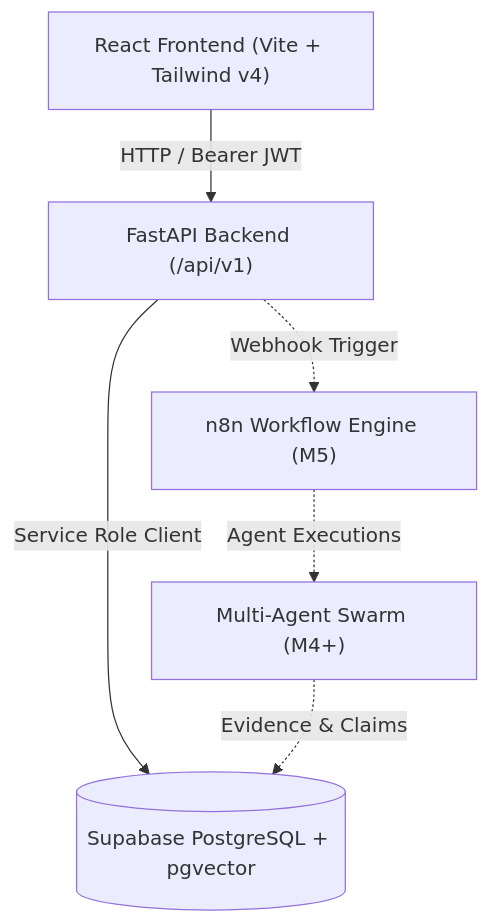
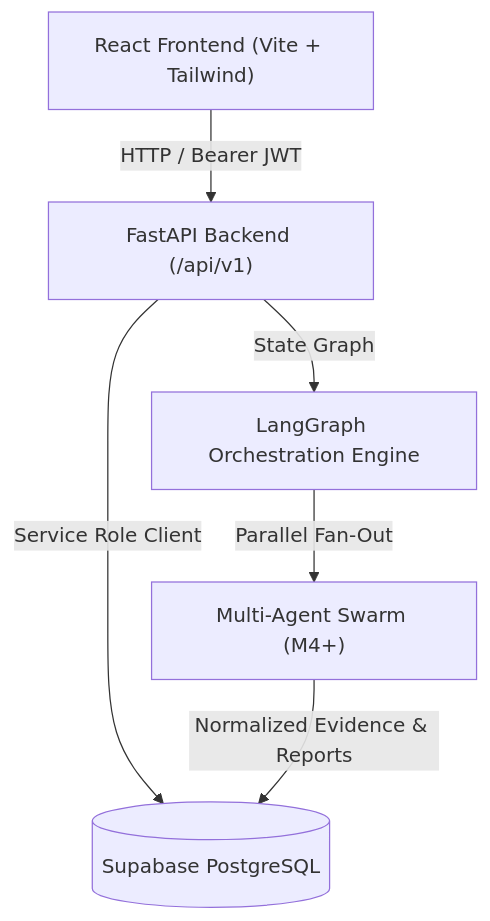
One commit to Arpankumar673/VISHLESHAN-AI changed the diagram in docs/architecture.md. Above: the diagram before and after it, drawn with Mermaid. The commit also changed 78 other files, not shown here.

Commit message:
feat: LangGraph cutover, n8n removal, and Evidence Fusion Engine Phase 4A implementation

````diff
--- a/docs/architecture.md
+++ b/docs/architecture.md
@@ -7,14 +7,14 @@
 ```mermaid
 graph TD
-    Client["React Frontend (Vite + Tailwind v4)"]
+    Client["React Frontend (Vite + Tailwind)"]
     API["FastAPI Backend (/api/v1)"]
-    DB[(Supabase PostgreSQL + pgvector)]
-    Orchestration["n8n Workflow Engine (M5)"]
+    DB[(Supabase PostgreSQL)]
+    Orchestration["LangGraph Orchestration Engine"]
     Agents["Multi-Agent Swarm (M4+)"]
 
     Client -->|HTTP / Bearer JWT| API
     API -->|Service Role Client| DB
-    API -.->|Webhook Trigger| Orchestration
-    Orchestration -.->|Agent Executions| Agents
-    Agents -.->|Evidence & Claims| DB
+    API -->|State Graph| Orchestration
+    Orchestration -->|Parallel Fan-Out| Agents
+    Agents -->|Normalized Evidence & Reports| DB
 ```
````
